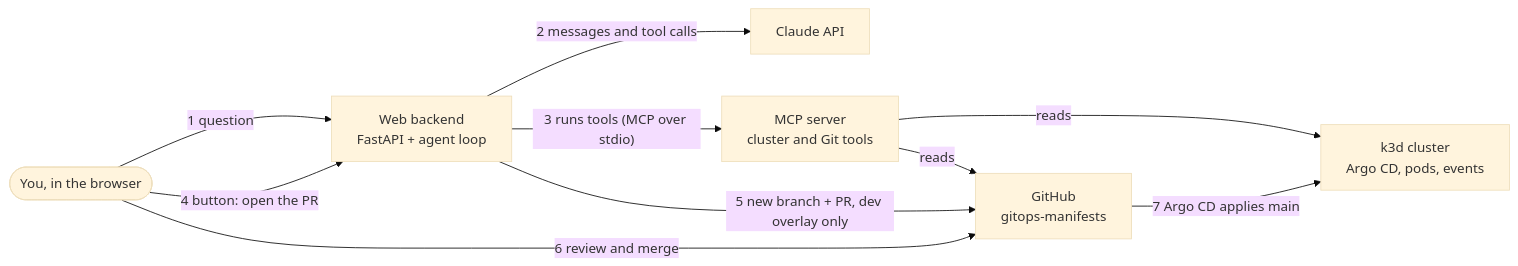
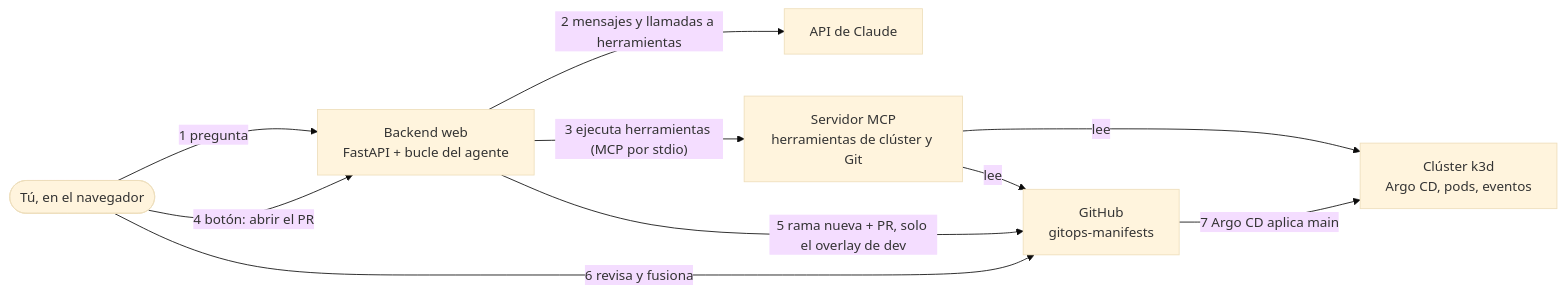
Before and after one commit to JavierMolero12/oncall-agent: the diagram in README.md, drawn with Mermaid (base theme). The commit also changed other lines of this file and 8 other files, not shown here.

````diff
--- a/README.md
+++ b/README.md
@@ -17,19 +313,19 @@
 ```mermaid
 flowchart LR
-    you(["You, in the browser"])
-    web["Web backend<br/>FastAPI + agent loop"]
-    claude["Claude API"]
-    mcp["MCP server<br/>cluster and Git tools"]
-    k8s["k3d cluster<br/>Argo CD, pods, events"]
+    tu(["Tú, en el navegador"])
+    web["Backend web<br/>FastAPI + bucle del agente"]
+    claude["API de Claude"]
+    mcp["Servidor MCP<br/>herramientas de clúster y Git"]
+    k8s["Clúster k3d<br/>Argo CD, pods, eventos"]
     gh["GitHub<br/>gitops-manifests"]
 
-    you -- "1 question" --> web
-    web -- "2 messages and tool calls" --> claude
-    web -- "3 runs tools (MCP over stdio)" --> mcp
-    mcp -- "reads" --> k8s
-    mcp -- "reads" --> gh
-    you -- "4 button: open the PR" --> web
-    web -- "5 new branch + PR, dev overlay only" --> gh
-    you -- "6 review and merge" --> gh
-    gh -- "7 Argo CD applies main" --> k8s
+    tu -- "1 pregunta" --> web
+    web -- "2 mensajes y llamadas a herramientas" --> claude
+    web -- "3 ejecuta herramientas (MCP por stdio)" --> mcp
+    mcp -- "lee" --> k8s
+    mcp -- "lee" --> gh
+    tu -- "4 botón: abrir el PR" --> web
+    web -- "5 rama nueva + PR, solo el overlay de dev" --> gh
+    tu -- "6 revisa y fusiona" --> gh
+    gh -- "7 Argo CD aplica main" --> k8s
 ```
````
